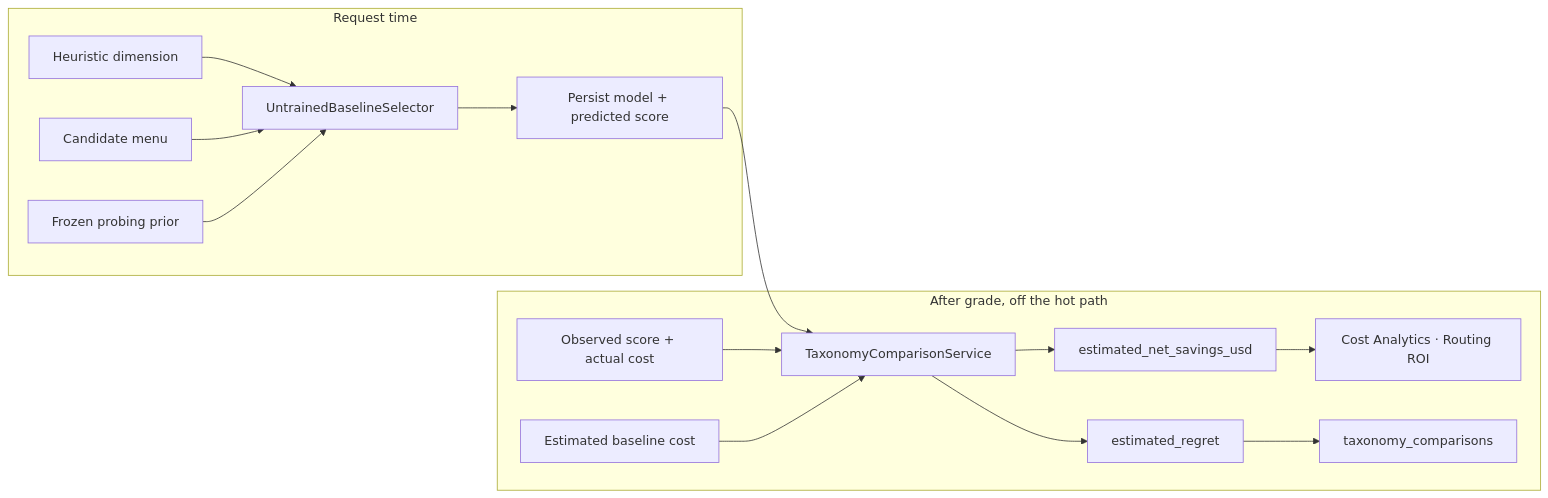
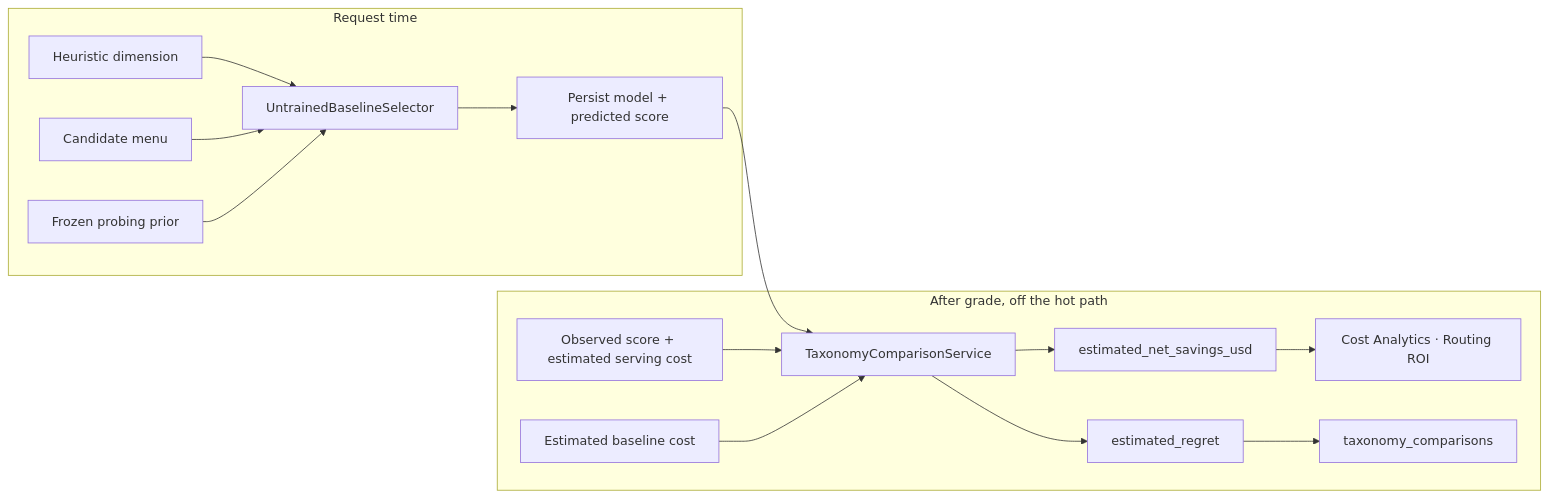
One commit to davidpizon/TotallyHot-ArcRouter changed the diagram in docs/score-delta-methodology.md. Above: the diagram before and after it, drawn with Mermaid. The commit also changed other lines of this file and 2 other files, not shown here.

First line of the commit message:
docs: match Cost Analytics corpus, epsilon path, and ROI feed to the code

````diff
--- a/docs/score-delta-methodology.md
+++ b/docs/score-delta-methodology.md
@@ -44,18 +44,18 @@
 ```mermaid
 flowchart LR
     subgraph requestTime ["Request time"]
         Dim["Heuristic dimension"] --> Sel["UntrainedBaselineSelector"]
         Menu["Candidate menu"] --> Sel
         Prior["Frozen probing prior"] --> Sel
         Sel --> Persist["Persist model + predicted score"]
     end
     subgraph afterGrade ["After grade, off the hot path"]
         Persist --> Cmp["TaxonomyComparisonService"]
-        Obs["Observed score + actual cost"] --> Cmp
+        Obs["Observed score + estimated serving cost"] --> Cmp
         CostEst["Estimated baseline cost"] --> Cmp
         Cmp --> Regret["estimated_regret"]
         Cmp --> Savings["estimated_net_savings_usd"]
         Savings --> Roi["Cost Analytics · Routing ROI"]
         Regret --> Store["taxonomy_comparisons"]
     end
 ```
````
